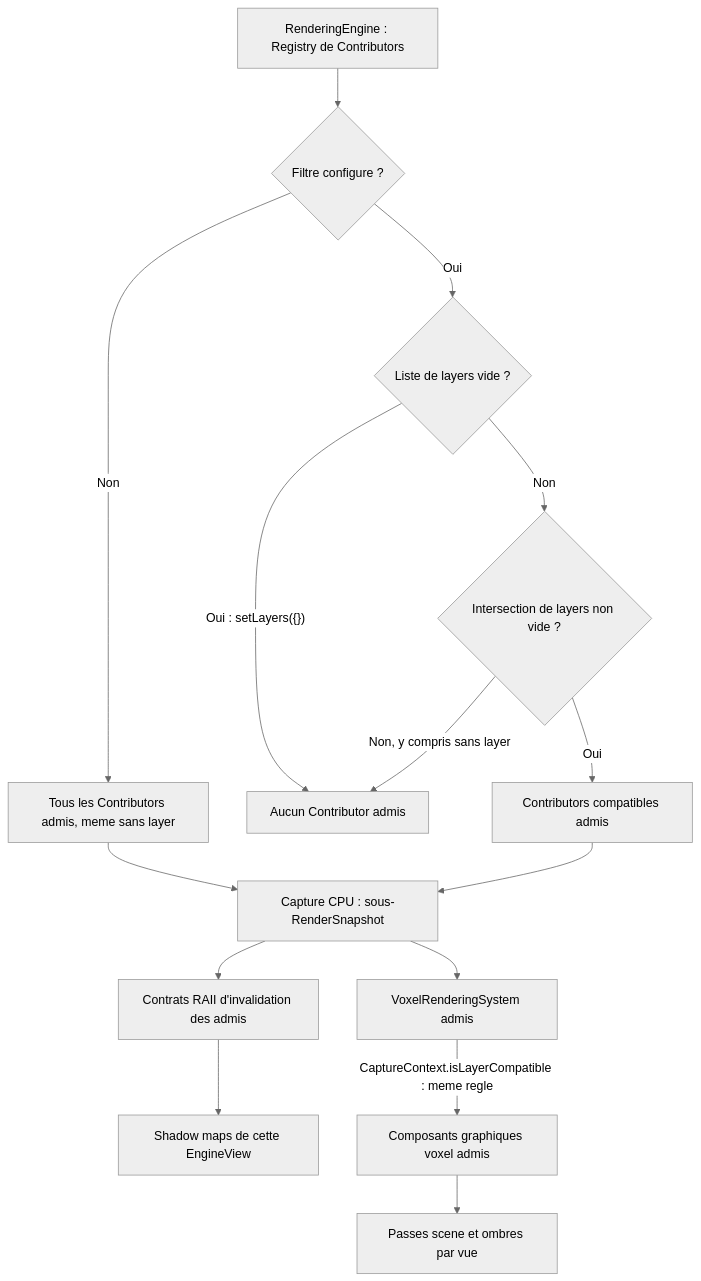
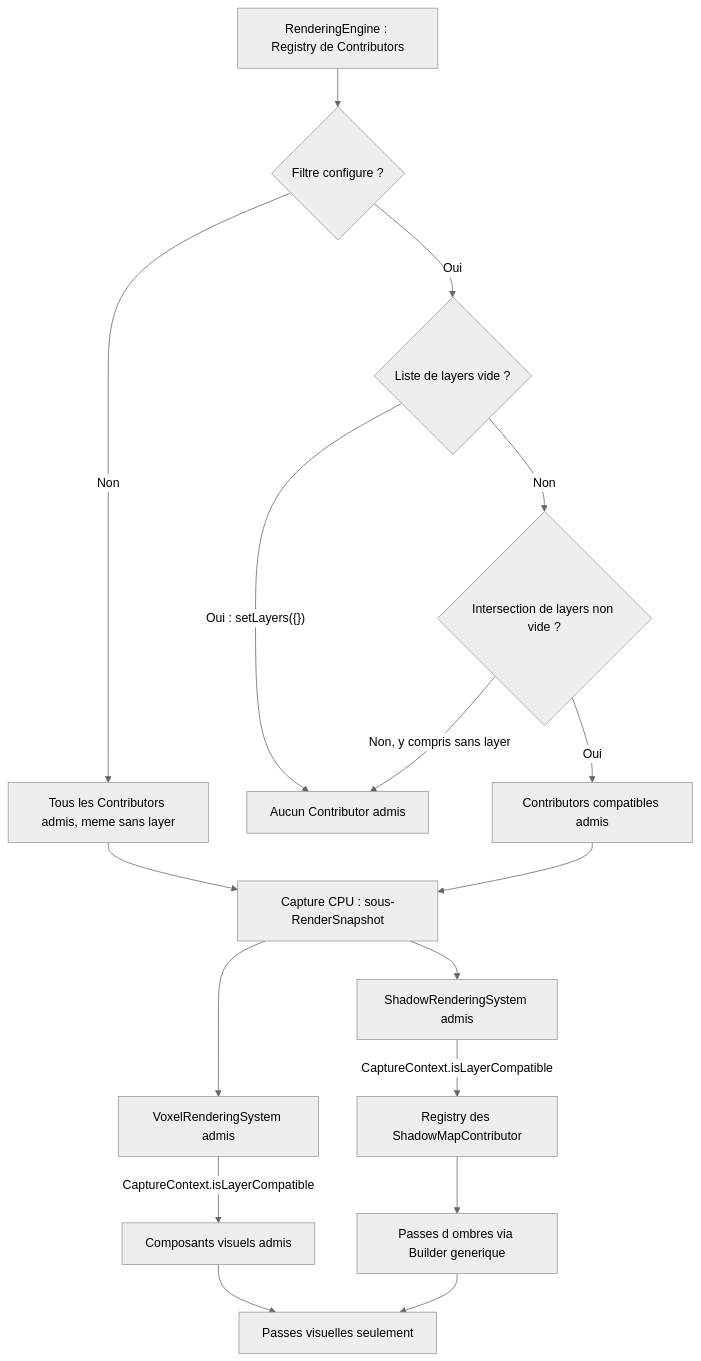
Diagram 11 of 14 in docs/voxel-engine-v0.1.4-specification.md (EreliaStudio/Sparkle), drawn with Mermaid (neutral theme) before and after one commit. The commit also changed other lines of this file, not shown here.

Commit message:
docs(v0.1.4): remove shadows from generic contributors and transfer Registry reconciliation to shadow subsystem

````diff
--- a/docs/voxel-engine-v0.1.4-specification.md
+++ b/docs/voxel-engine-v0.1.4-specification.md
@@ -975,17 +979,19 @@
 ```mermaid
 flowchart TD
   R["RenderingEngine : Registry de Contributors"] --> F{"Filtre configure ?"}
   F -->|"Non"| A["Tous les Contributors admis, meme sans layer"]
   F -->|"Oui"| V{"Liste de layers vide ?"}
   V -->|"Oui : setLayers({})"| X["Aucun Contributor admis"]
   V -->|"Non"| I{"Intersection de layers non vide ?"}
   I -->|"Oui"| A2["Contributors compatibles admis"]
   I -->|"Non, y compris sans layer"| X
   A --> B["Capture CPU : sous-RenderSnapshot"]
   A2 --> B
-  B --> C["Contrats RAII d'invalidation des admis"]
-  C --> S["Shadow maps de cette EngineView"]
   B --> VS["VoxelRenderingSystem admis"]
-  VS -->|"CaptureContext.isLayerCompatible : meme regle"| VC["Composants graphiques voxel admis"]
-  VC --> P["Passes scene et ombres par vue"]
+  VS -->|"CaptureContext.isLayerCompatible"| VC["Composants visuels admis"]
+  VC --> P["Passes visuelles seulement"]
+  B --> SR["ShadowRenderingSystem admis"]
+  SR -->|"CaptureContext.isLayerCompatible"| REG["Registry des ShadowMapContributor"]
+  REG --> CAST["Passes d ombres via Builder generique"]
+  CAST --> P
 ```
````
